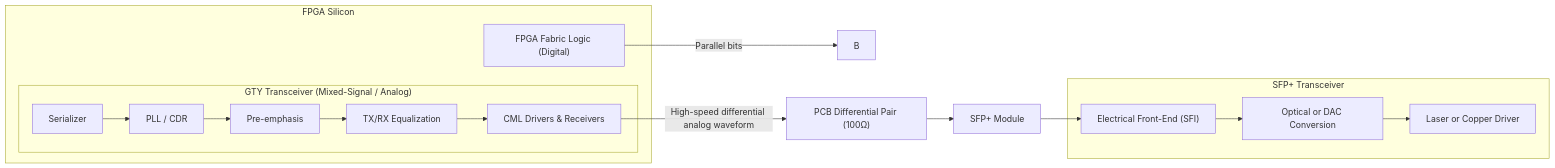
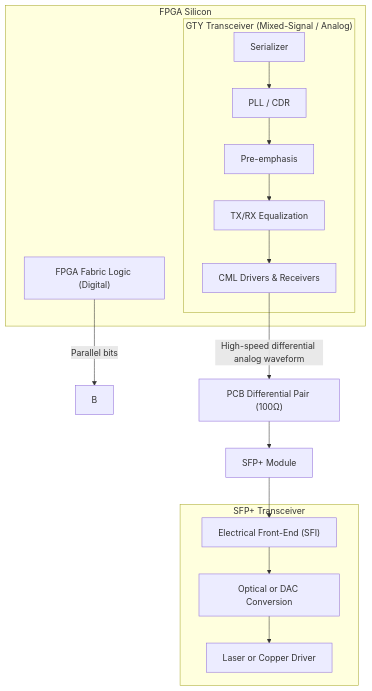
The diagram in Design/Transmission/GTY/README.md (setrar/microelectronics), drawn with Mermaid before and after one commit.

````diff
--- a/Design/Transmission/GTY/README.md
+++ b/Design/Transmission/GTY/README.md
@@ -1,31 +1,31 @@
 ```mermaid
-flowchart LR
+flowchart TB
     A["FPGA Fabric Logic (Digital)"] -->|Parallel bits| B
 
     subgraph FPGA["FPGA Silicon"]
         A
         subgraph GTY["GTY Transceiver (Mixed-Signal / Analog)"]
             B1["Serializer"]
             B2["PLL / CDR"]
             B3["Pre-emphasis"]
             B4["TX/RX Equalization"]
             B5["CML Drivers & Receivers"]
 
             B1 --> B2 --> B3 --> B4 --> B5
         end
     end
 
     B5 -->|High-speed differential analog waveform| C["PCB Differential Pair (100Ω)"]
 
     C --> D["SFP+ Module"]
 
     subgraph SFP["SFP+ Transceiver"]
         D1["Electrical Front-End (SFI)"]
         D2["Optical or DAC Conversion"]
         D3["Laser or Copper Driver"]
 
         D1 --> D2 --> D3
     end
 
     D --> D1
 ```
````
